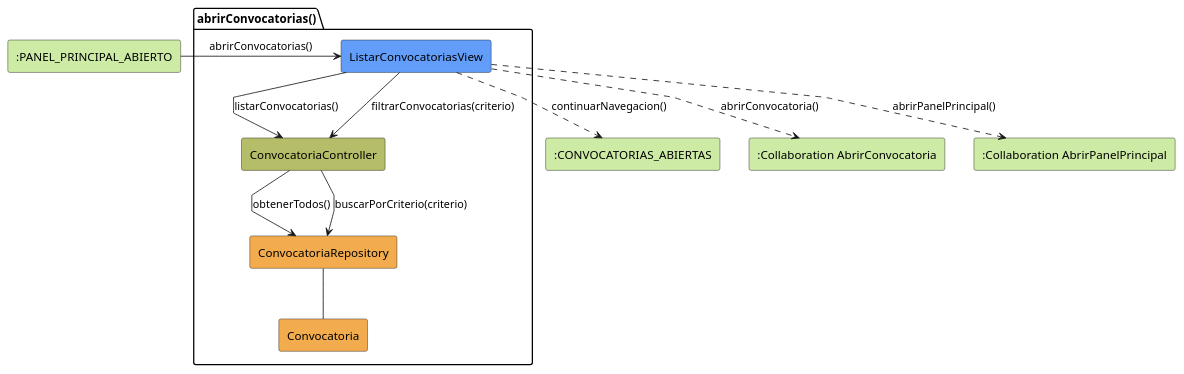
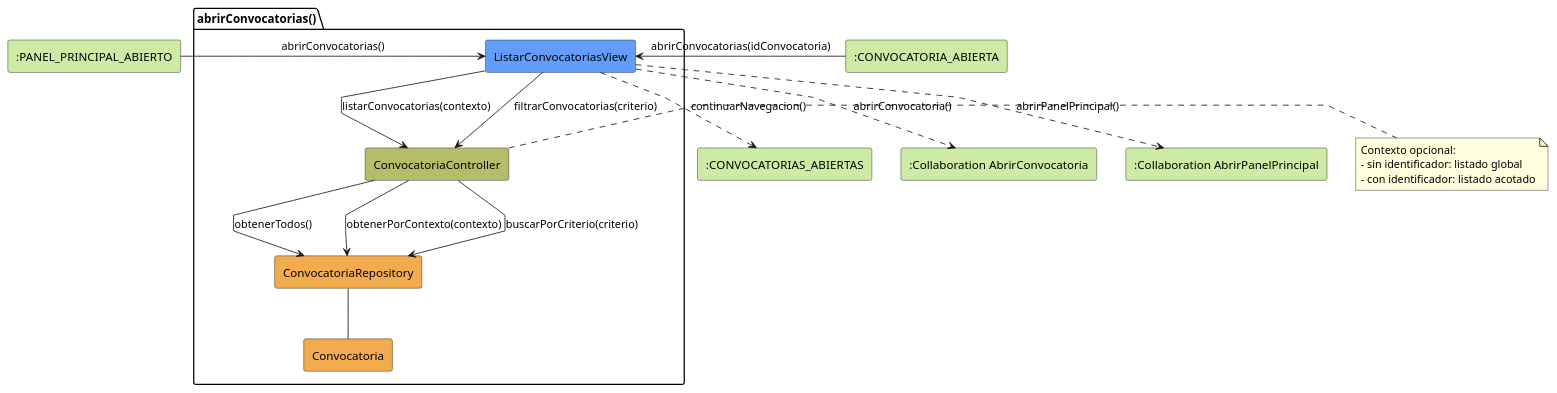
One commit to beatriizorozco/25-26-idsw2-sdVC changed the diagram in RUP/01-analisis/casos-uso/coordinador/abrirConvocatorias/colaboracion.puml. Above: the diagram before and after it, drawn with PlantUML. The commit also changed 53 other files, not shown here.

Commit message:
feat: actualizo algunos diagramas de colaboración con la recomendación del profesor

```diff
--- a/RUP/01-analisis/casos-uso/coordinador/abrirConvocatorias/colaboracion.puml
+++ b/RUP/01-analisis/casos-uso/coordinador/abrirConvocatorias/colaboracion.puml
@@ -1,27 +1,35 @@
 @startuml abrirConvocatorias-analisis
 skinparam linetype polyline
 
-rectangle #CDEBA5 ":PANEL_PRINCIPAL_ABIERTO" as EstadoEntrada
+rectangle #CDEBA5 ":PANEL_PRINCIPAL_ABIERTO" as EstadoEntrada1
+rectangle #CDEBA5 ":CONVOCATORIA_ABIERTA" as EstadoEntrada2
 package abrirConvocatorias as "abrirConvocatorias()" {
     rectangle #629EF9 ListarConvocatoriasView
     rectangle #b5bd68 ConvocatoriaController
     rectangle #F2AC4E ConvocatoriaRepository
     rectangle #F2AC4E Convocatoria
 }
 
 rectangle #CDEBA5 ":CONVOCATORIAS_ABIERTAS" as EstadoSalida
 rectangle #CDEBA5 ":Collaboration AbrirConvocatoria" as AbrirConvocatoria
 rectangle #CDEBA5 ":Collaboration AbrirPanelPrincipal" as AbrirPanelPrincipal
 
-EstadoEntrada -r-> ListarConvocatoriasView: abrirConvocatorias()
+EstadoEntrada1 -r-> ListarConvocatoriasView: abrirConvocatorias()
+EstadoEntrada2 -r-> ListarConvocatoriasView: abrirConvocatorias(idConvocatoria)
 
-ListarConvocatoriasView -d-> ConvocatoriaController: listarConvocatorias()
+ListarConvocatoriasView -d-> ConvocatoriaController: listarConvocatorias(contexto)
 ListarConvocatoriasView --> ConvocatoriaController: filtrarConvocatorias(criterio)
 ConvocatoriaController --> ConvocatoriaRepository: obtenerTodos()
+ConvocatoriaController --> ConvocatoriaRepository: obtenerPorContexto(contexto)
 ConvocatoriaController --> ConvocatoriaRepository: buscarPorCriterio(criterio)
 ConvocatoriaRepository -- Convocatoria
+note right of ConvocatoriaController
+Contexto opcional:
+- sin identificador: listado global
+- con identificador: listado acotado
+end note
 ListarConvocatoriasView ..> EstadoSalida: continuarNavegacion()
 ListarConvocatoriasView ..> AbrirConvocatoria: abrirConvocatoria()
 ListarConvocatoriasView ..> AbrirPanelPrincipal: abrirPanelPrincipal()
 
 @enduml
```
